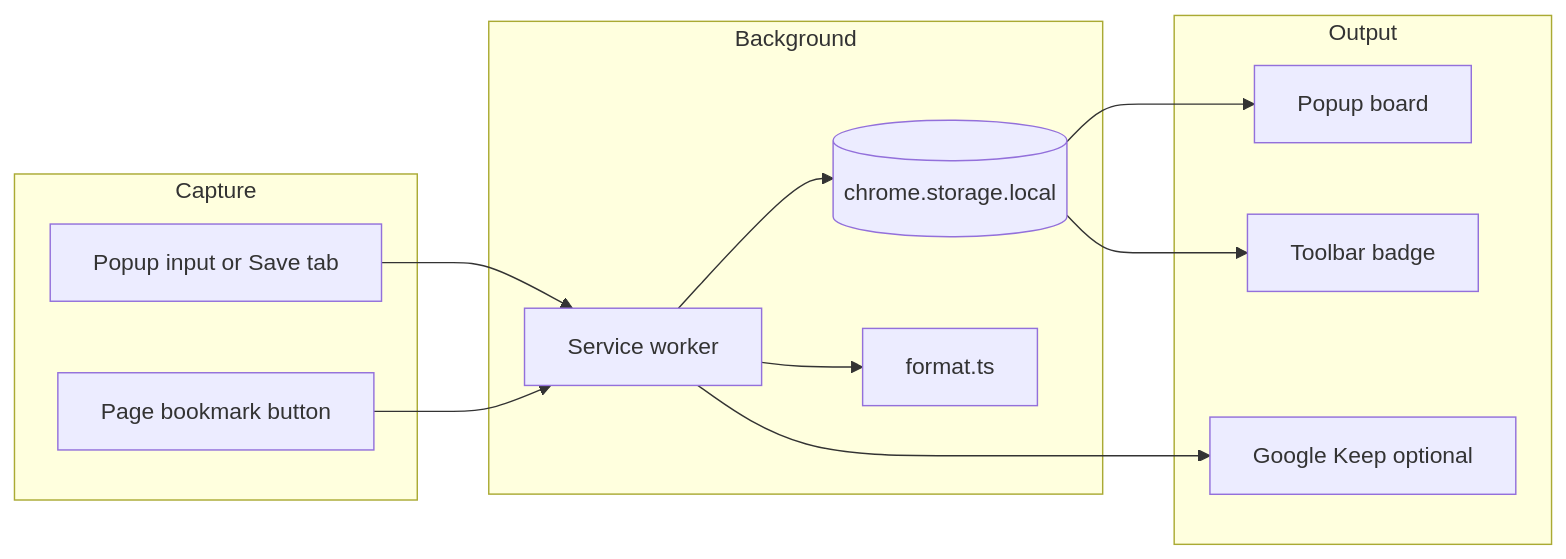
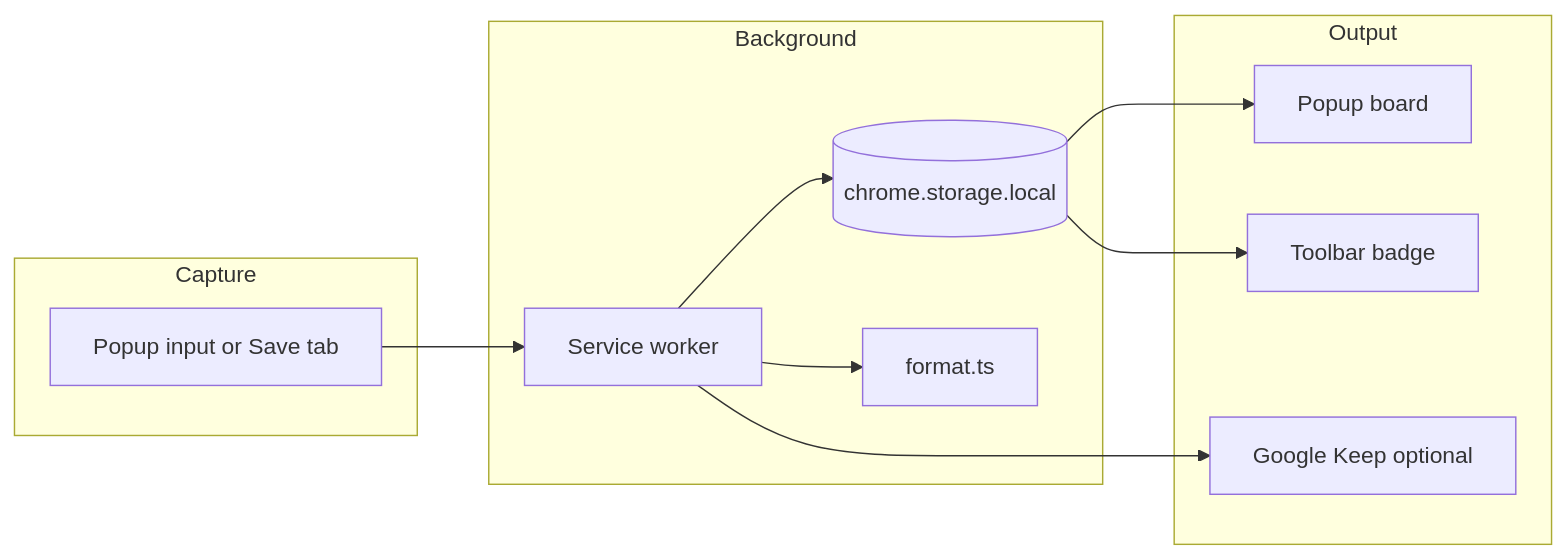
One commit to THEFZNKHAN/KeepTab changed the diagram in README.md. Above: the diagram before and after it, drawn with Mermaid. The commit also changed other lines of this file and 3 other files, not shown here.

````diff
--- a/README.md
+++ b/README.md
@@ -124,24 +124,22 @@
 ```mermaid
 flowchart LR
   subgraph capture [Capture]
     PopupSave[Popup input or Save tab]
-    PageBtn[Page bookmark button]
   end
   subgraph core [Background]
     BG[Service worker]
     Storage[(chrome.storage.local)]
     Format[format.ts]
   end
   subgraph output [Output]
     Shelf[Popup board]
     Badge[Toolbar badge]
     Keep[Google Keep optional]
   end
   PopupSave --> BG
-  PageBtn --> BG
   BG --> Storage
   BG --> Format
   BG --> Keep
   Storage --> Shelf
   Storage --> Badge
 ```
````
